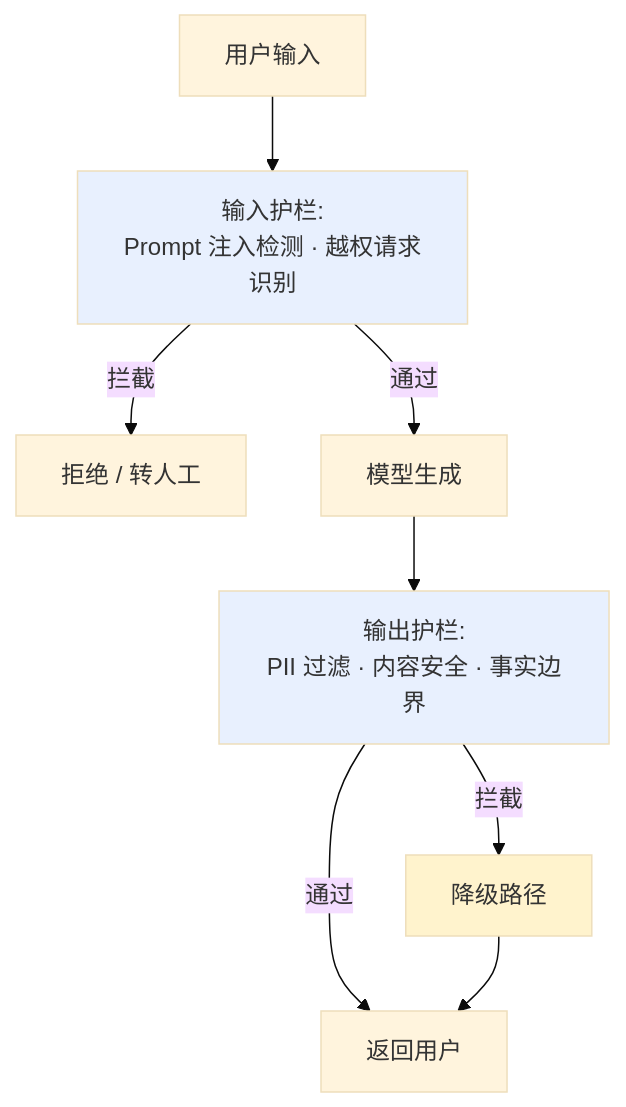
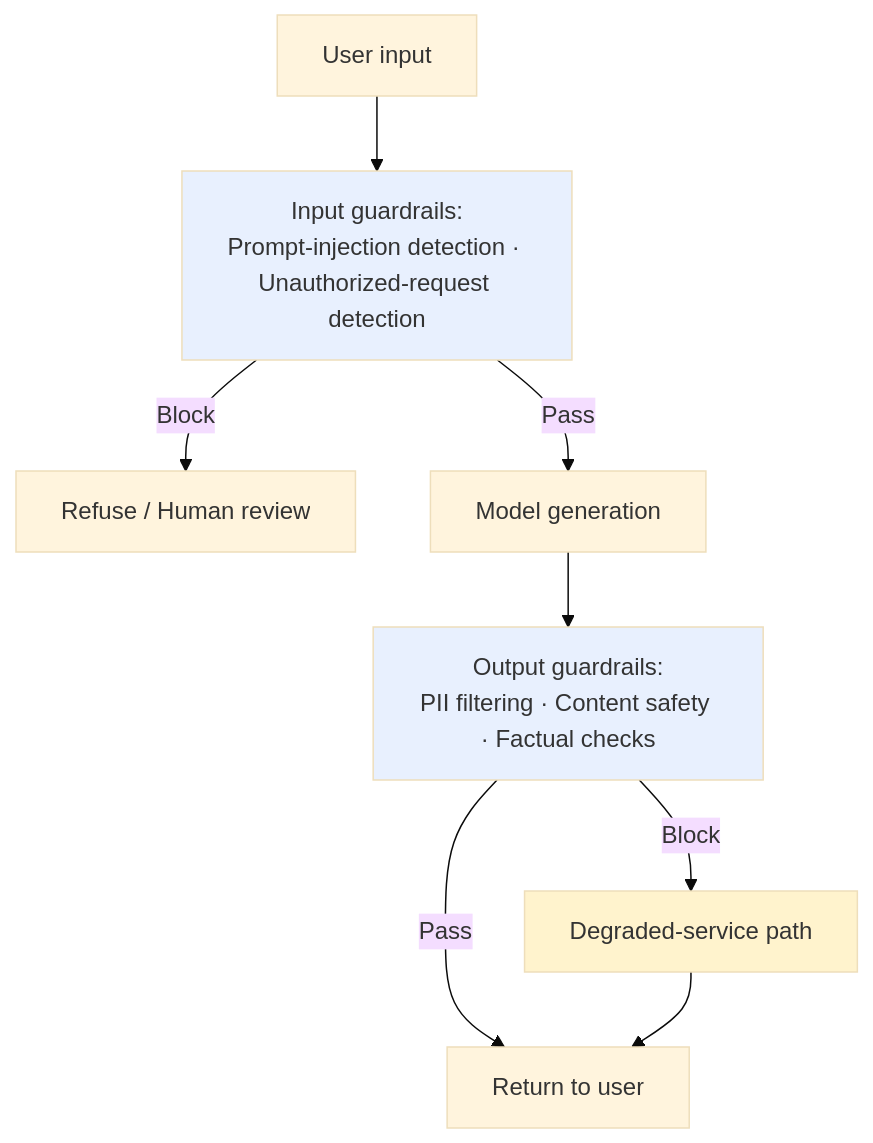
Before and after one commit to oneleaveknowsthefall/awesome-ai-roadmap: the first of 2 diagrams in docs/engineering/03-output-safety/06-guardrails-degradation.md, drawn with Mermaid (base theme). The commit also changed other lines of this file and 82 other files, not shown here.

````diff
--- a/docs/engineering/03-output-safety/06-guardrails-degradation.md
+++ b/docs/engineering/03-output-safety/06-guardrails-degradation.md
@@ -11,14 +11,14 @@
 ```mermaid
 flowchart TB
-    IN["用户输入"] --> INGUARD["输入护栏:<br/>Prompt 注入检测 · 越权请求识别"]
-    INGUARD -->|拦截| REJECT1["拒绝 / 转人工"]
-    INGUARD -->|通过| MODEL["模型生成"]
-    MODEL --> OUTGUARD["输出护栏:<br/>PII 过滤 · 内容安全 · 事实边界"]
-    OUTGUARD -->|拦截| DEGRADE["降级路径"]
-    OUTGUARD -->|通过| RESP["返回用户"]
+    IN["User input"] --> INGUARD["Input guardrails:<br/>Prompt-injection detection · Unauthorized-request detection"]
+    INGUARD -->|Block| REJECT1["Refuse / Human review"]
+    INGUARD -->|Pass| MODEL["Model generation"]
+    MODEL --> OUTGUARD["Output guardrails:<br/>PII filtering · Content safety · Factual checks"]
+    OUTGUARD -->|Block| DEGRADE["Degraded-service path"]
+    OUTGUARD -->|Pass| RESP["Return to user"]
     DEGRADE --> RESP
 
     style INGUARD fill:#e8f0fe
     style OUTGUARD fill:#e8f0fe
     style DEGRADE fill:#fff3cd
 ```
````
